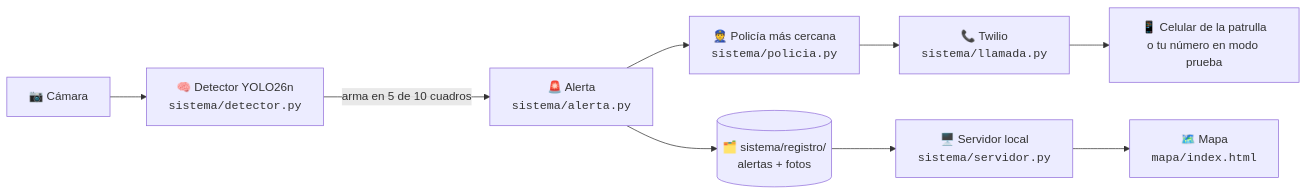
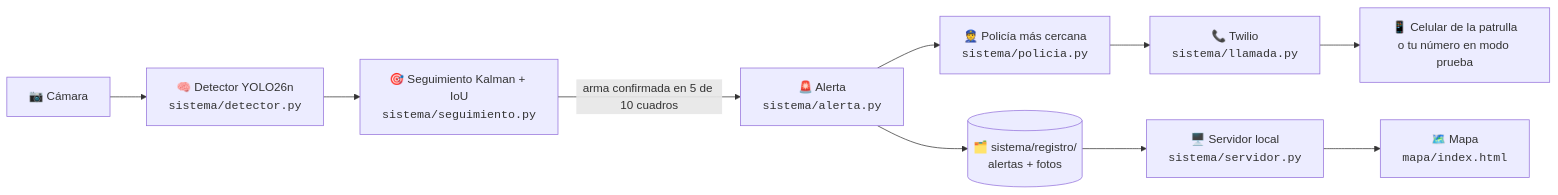
One commit to Armando-INC/Armando changed the first of 5 diagrams in README.md. Above: the diagram before and after it, drawn with Mermaid. The commit also changed other lines of this file and 2 other files, not shown here.

Commit message:
script de seguimiento

````diff
--- a/README.md
+++ b/README.md
@@ -46,11 +46,12 @@
 ```mermaid
 flowchart LR
     cam["📷 Cámara"] --> det["🧠 Detector YOLO26n<br/><code>sistema/detector.py</code>"]
-    det -->|"arma en 5 de 10 cuadros"| ale["🚨 Alerta<br/><code>sistema/alerta.py</code>"]
+    det --> seg["🎯 Seguimiento Kalman + IoU<br/><code>sistema/seguimiento.py</code>"]
+    seg -->|"arma confirmada en 5 de 10 cuadros"| ale["🚨 Alerta<br/><code>sistema/alerta.py</code>"]
     ale --> pol["👮 Policía más cercana<br/><code>sistema/policia.py</code>"]
     pol --> tw["📞 Twilio<br/><code>sistema/llamada.py</code>"]
     tw --> cel["📱 Celular de la patrulla<br/>o tu número en modo prueba"]
     ale --> reg[("🗂️ sistema/registro/<br/>alertas + fotos")]
     reg --> srv["🖥️ Servidor local<br/><code>sistema/servidor.py</code>"]
     srv --> map["🗺️ Mapa<br/><code>mapa/index.html</code>"]
 ```
````
